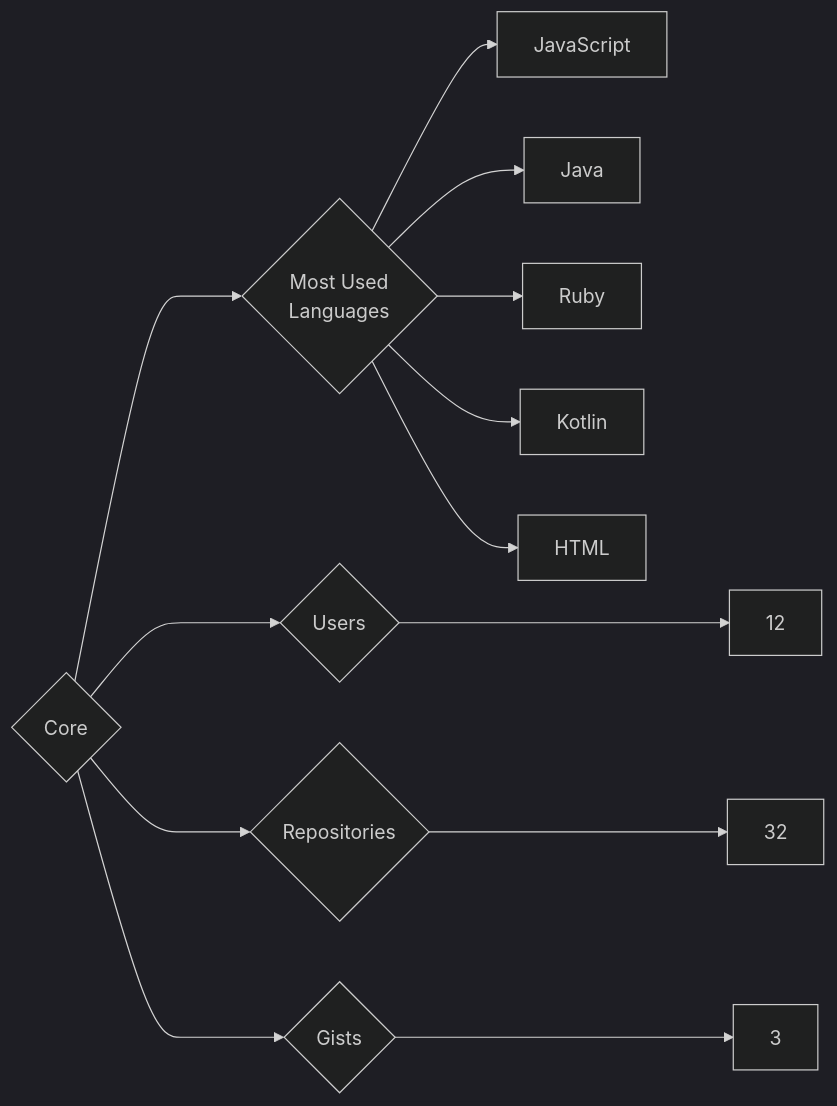
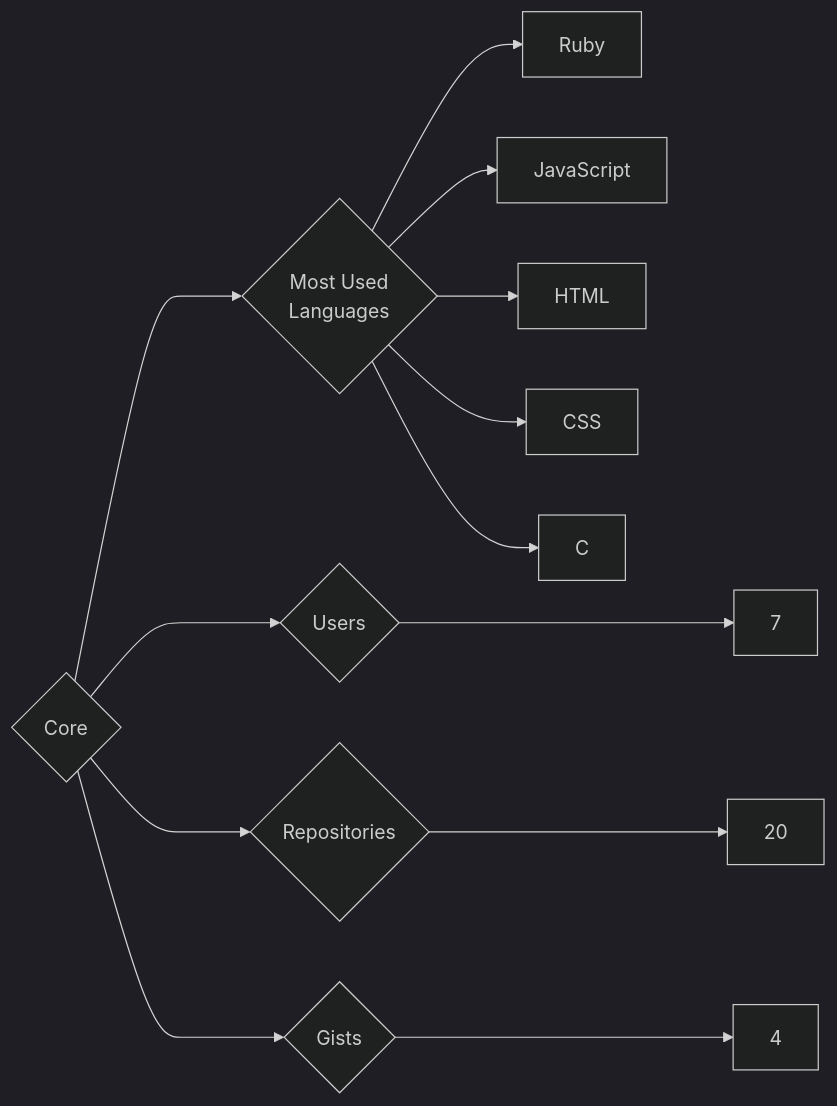
One commit to trickest/insiders changed the diagram in targets/Core/README.md. Above: the diagram before and after it, drawn with Mermaid (dark theme). The commit also changed 1212 other files, not shown here.

````diff
--- a/targets/Core/README.md
+++ b/targets/Core/README.md
@@ -3,13 +3,13 @@
 ```mermaid
 graph LR
 COMPANY_NAME{Core}
-COMPANY_NAME ---> U{Users} ---> UN[12]
-COMPANY_NAME ---> R{Repositories} ---> RN[32]
-COMPANY_NAME ---> G{Gists} ---> GN[3]
+COMPANY_NAME ---> U{Users} ---> UN[7]
+COMPANY_NAME ---> R{Repositories} ---> RN[20]
+COMPANY_NAME ---> G{Gists} ---> GN[4]
 COMPANY_NAME ---> ML{Most Used<br>Languages}
+ML --> Ruby[Ruby]
 ML --> JavaScript[JavaScript]
-ML --> Java[Java]
-ML --> Ruby[Ruby]
-ML --> Kotlin[Kotlin]
 ML --> HTML[HTML]
+ML --> CSS[CSS]
+ML --> C[C]
 ```
````
